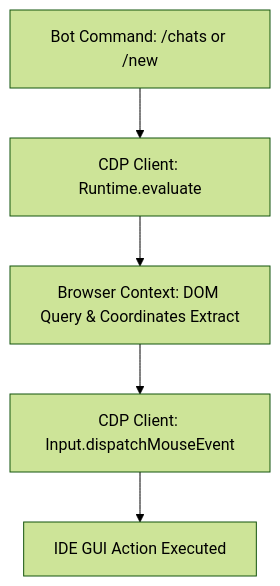
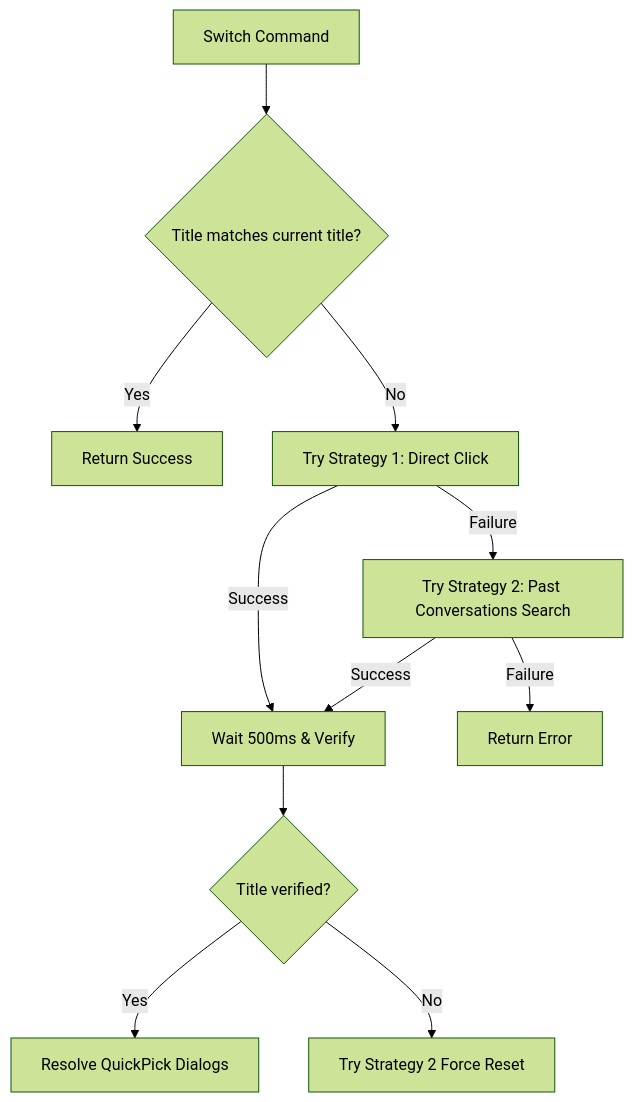
The diagram in docs/CHAT_SESSIONS_GUIDE.md (MaximXR/antigravity-remote-bot), drawn with Mermaid (forest theme) before and after one commit. The commit also changed other lines of this file and 15 other files, not shown here.

Commit message:
docs/refactor/fix - tests: fix assertions and document architecture

````diff
--- a/docs/CHAT_SESSIONS_GUIDE.md
+++ b/docs/CHAT_SESSIONS_GUIDE.md
@@ -15,7 +72,13 @@
 ```mermaid
 graph TD
-    A[Bot Command: /chats or /new] --> B[CDP Client: Runtime.evaluate]
-    B --> C[Browser Context: DOM Query & Coordinates Extract]
-    C --> D[CDP Client: Input.dispatchMouseEvent]
-    D --> E[IDE GUI Action Executed]
+    A[Switch Command] --> B{Title matches current title?}
+    B -->|Yes| C[Return Success]
+    B -->|No| D[Try Strategy 1: Direct Click]
+    D -->|Success| E[Wait 500ms & Verify]
+    D -->|Failure| F[Try Strategy 2: Past Conversations Search]
+    F -->|Success| E
+    F -->|Failure| G[Return Error]
+    E --> H{Title verified?}
+    H -->|Yes| I[Resolve QuickPick Dialogs]
+    H -->|No| J[Try Strategy 2 Force Reset]
 ```
````
